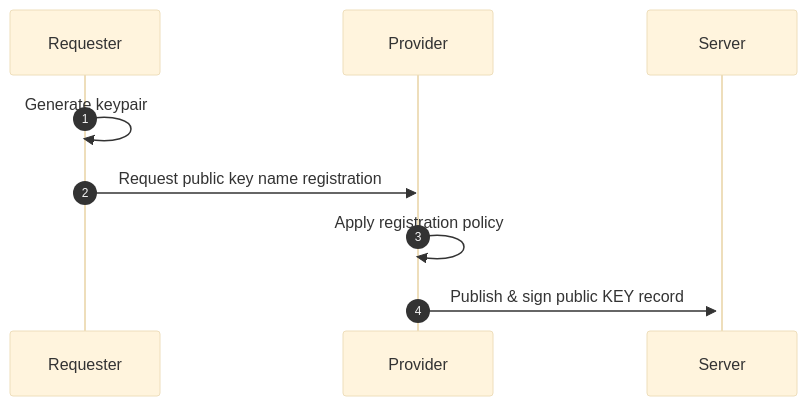
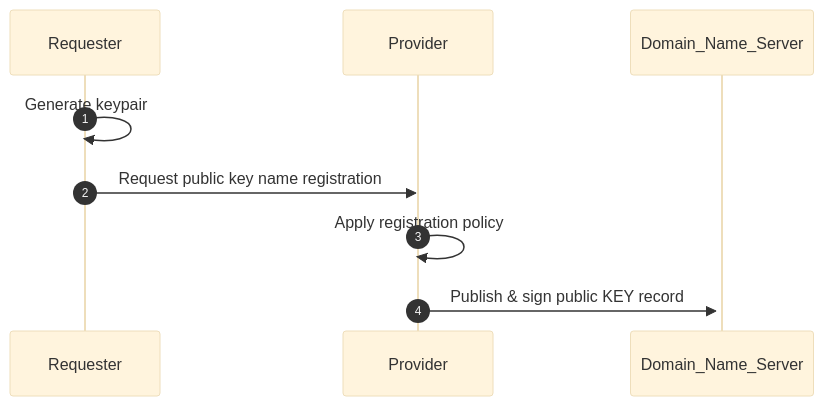
The first of 2 diagrams in README.md (NetworkCommons/sig0namectl), drawn with Mermaid (base theme) before and after one commit. The commit also changed other lines of this file, not shown here.

Commit message:
updates name

````diff
--- a/README.md
+++ b/README.md
@@ -70,12 +70,12 @@
 ```mermaid
 sequenceDiagram
 autonumber
   participant U as Requester
   participant P as Provider
-  participant S as Server
+  participant S as Domain_Name_Server
 
   U->>U: Generate keypair
   U->>P: Request public key name registration 
   P->>P: Apply registration policy
   P->>+S: Publish & sign public KEY record
 ```
````
